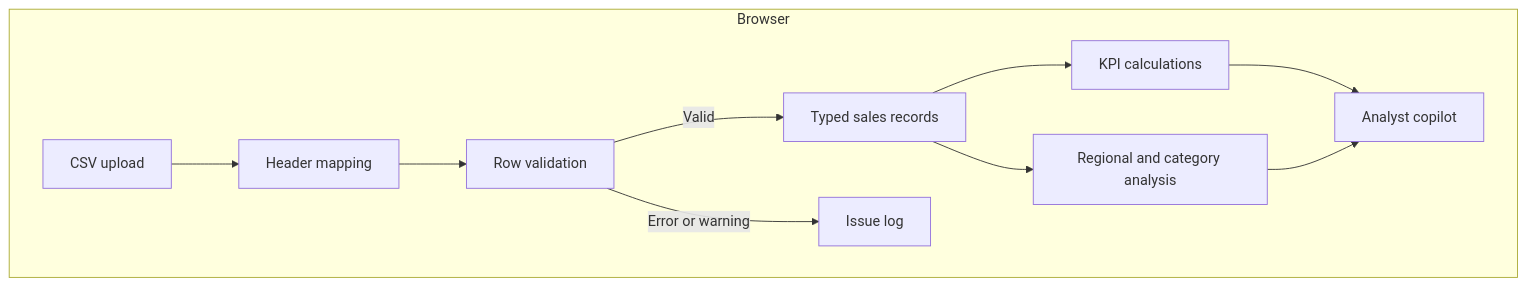
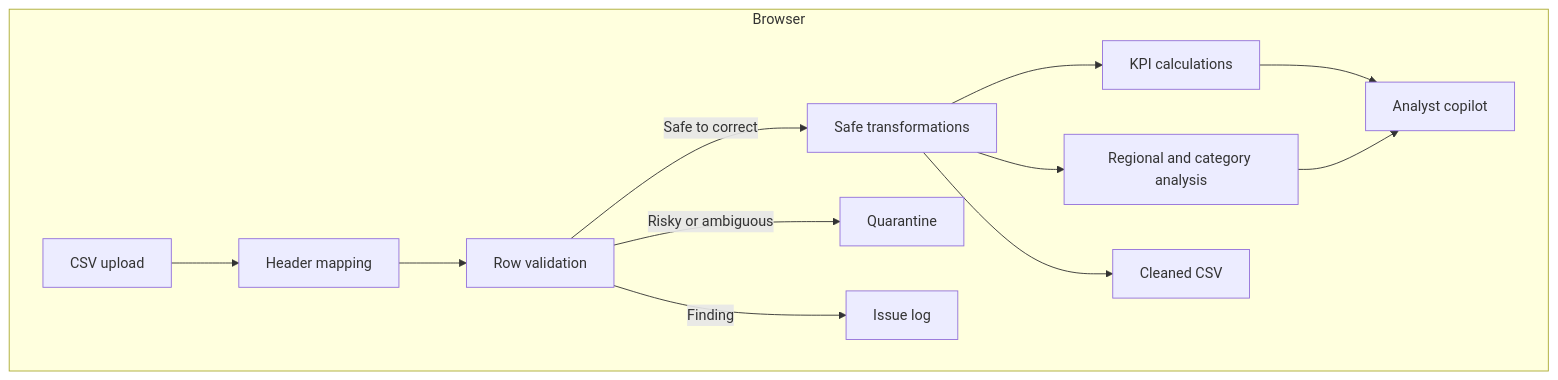
The diagram in docs/PROJECT_REPORT.md (krishnamvwala/pulseops-forward-deployed-analytics), drawn with Mermaid before and after one commit. The commit also changed other lines of this file and 6 other files, not shown here.

````diff
--- a/docs/PROJECT_REPORT.md
+++ b/docs/PROJECT_REPORT.md
@@ -42,21 +43,25 @@
 ```mermaid
 flowchart TB
     subgraph Browser
         A[CSV upload]
         B[Header mapping]
         C[Row validation]
-        D[Typed sales records]
+        D[Safe transformations]
+        I[Quarantine]
+        J[Cleaned CSV]
         E[KPI calculations]
         F[Regional and category analysis]
         G[Analyst copilot]
         H[Issue log]
     end
 
     A --> B --> C
-    C -->|Valid| D
-    C -->|Error or warning| H
+    C -->|Safe to correct| D
+    C -->|Risky or ambiguous| I
+    C -->|Finding| H
     D --> E
     D --> F
+    D --> J
     E --> G
     F --> G
 ```
````
